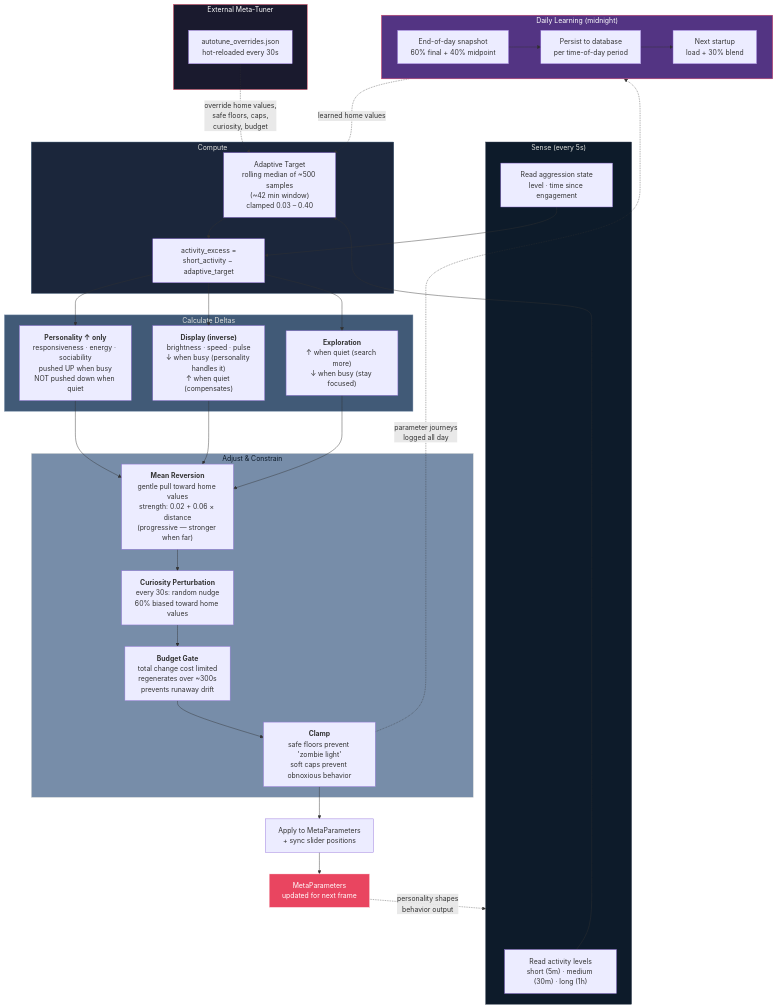
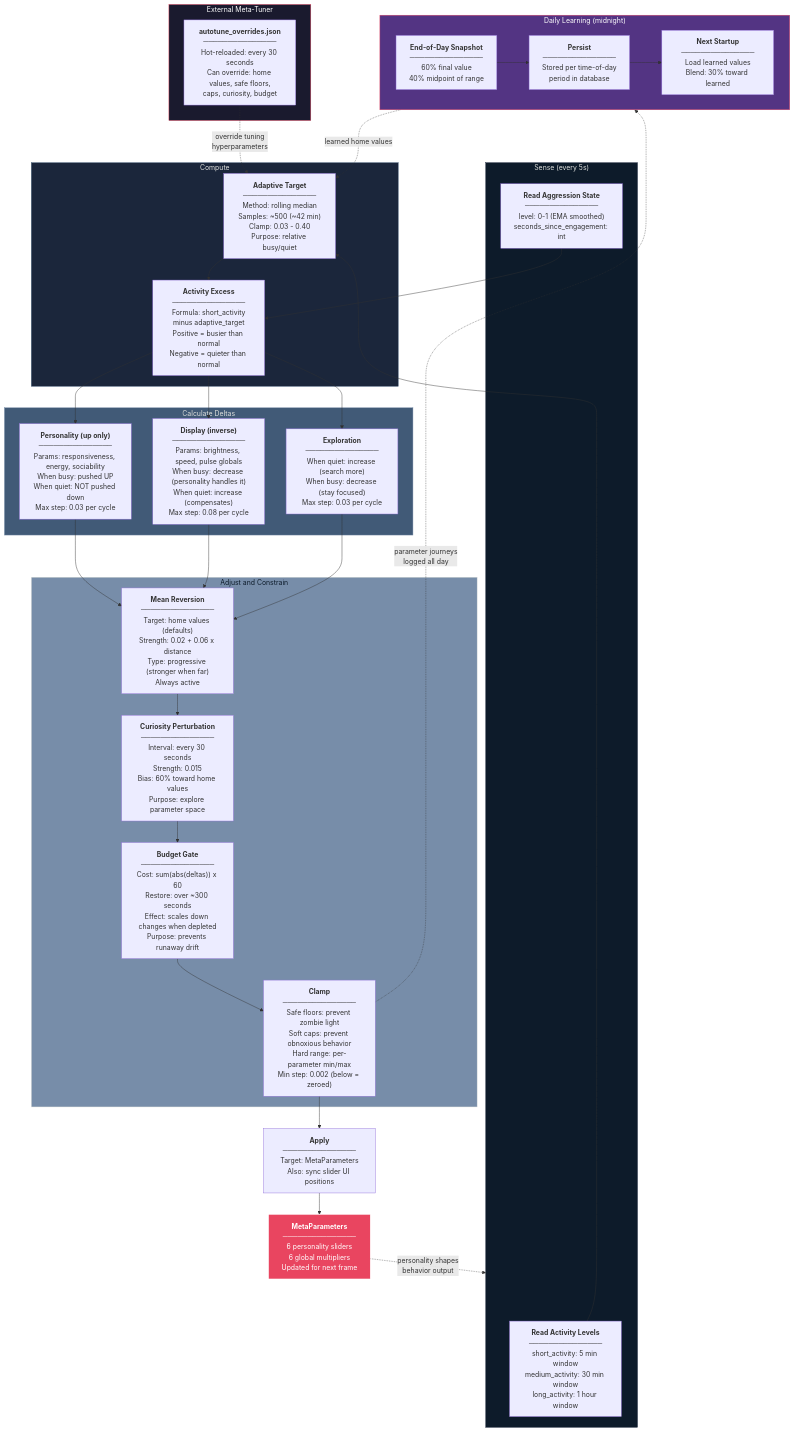
The fifth of 17 diagrams in IO/BEHAVIOR_DIAGRAMS.md (npuckett/dc-dev), drawn with Mermaid before and after one commit. The commit also changed other lines of this file, not shown here.

Commit message:
cv diagram added

````diff
--- a/IO/BEHAVIOR_DIAGRAMS.md
+++ b/IO/BEHAVIOR_DIAGRAMS.md
@@ -249,65 +249,65 @@
 ```mermaid
 flowchart TB
     subgraph SENSE["Sense (every 5s)"]
-        ACT["Read activity levels<br/>short (5m) · medium (30m) · long (1h)"]
-        AGG["Read aggression state<br/>level · time since engagement"]
+        ACT["<b>Read Activity Levels</b><br/>───────────────<br/>short_activity: 5 min window<br/>medium_activity: 30 min window<br/>long_activity: 1 hour window"]
+        AGG["<b>Read Aggression State</b><br/>───────────────<br/>level: 0-1 (EMA smoothed)<br/>seconds_since_engagement: int"]
     end
 
     subgraph COMPUTE["Compute"]
-        TARGET["Adaptive Target<br/>rolling median of ~500 samples<br/>(~42 min window)<br/>clamped 0.03 – 0.40"]
-        EXCESS["activity_excess =<br/>short_activity − adaptive_target"]
+        TARGET["<b>Adaptive Target</b><br/>───────────────<br/>Method: rolling median<br/>Samples: ~500 (~42 min)<br/>Clamp: 0.03 - 0.40<br/>Purpose: relative busy/quiet"]
+        EXCESS["<b>Activity Excess</b><br/>───────────────<br/>Formula: short_activity<br/>minus adaptive_target<br/>Positive = busier than normal<br/>Negative = quieter than normal"]
         ACT --> TARGET --> EXCESS
         AGG --> EXCESS
     end
 
     subgraph DELTAS["Calculate Deltas"]
-        PERS_UP["<b>Personality ↑ only</b><br/>responsiveness · energy · sociability<br/>pushed UP when busy<br/>NOT pushed down when quiet"]
-        DISP_INV["<b>Display (inverse)</b><br/>brightness · speed · pulse<br/>↓ when busy (personality handles it)<br/>↑ when quiet (compensates)"]
-        EXPL_Q["<b>Exploration</b><br/>↑ when quiet (search more)<br/>↓ when busy (stay focused)"]
+        PERS_UP["<b>Personality (up only)</b><br/>───────────────<br/>Params: responsiveness, energy, sociability<br/>When busy: pushed UP<br/>When quiet: NOT pushed down<br/>Max step: 0.03 per cycle"]
+        DISP_INV["<b>Display (inverse)</b><br/>───────────────<br/>Params: brightness, speed, pulse globals<br/>When busy: decrease (personality handles it)<br/>When quiet: increase (compensates)<br/>Max step: 0.08 per cycle"]
+        EXPL_Q["<b>Exploration</b><br/>───────────────<br/>When quiet: increase (search more)<br/>When busy: decrease (stay focused)<br/>Max step: 0.03 per cycle"]
         EXCESS --> PERS_UP
         EXCESS --> DISP_INV
         EXCESS --> EXPL_Q
     end
 
-    subgraph ADJUST["Adjust & Constrain"]
-        REVERT["<b>Mean Reversion</b><br/>gentle pull toward home values<br/>strength: 0.02 + 0.06 × distance<br/>(progressive — stronger when far)"]
-        CURIOSITY["<b>Curiosity Perturbation</b><br/>every 30s: random nudge<br/>60% biased toward home values"]
-        BUDGET["<b>Budget Gate</b><br/>total change cost limited<br/>regenerates over ~300s<br/>prevents runaway drift"]
-        CLAMP["<b>Clamp</b><br/>safe floors prevent 'zombie light'<br/>soft caps prevent obnoxious behavior"]
+    subgraph ADJUST["Adjust and Constrain"]
+        REVERT["<b>Mean Reversion</b><br/>───────────────<br/>Target: home values (defaults)<br/>Strength: 0.02 + 0.06 x distance<br/>Type: progressive (stronger when far)<br/>Always active"]
+        CURIOSITY["<b>Curiosity Perturbation</b><br/>───────────────<br/>Interval: every 30 seconds<br/>Strength: 0.015<br/>Bias: 60% toward home values<br/>Purpose: explore parameter space"]
+        BUDGET["<b>Budget Gate</b><br/>───────────────<br/>Cost: sum(abs(deltas)) x 60<br/>Restore: over ~300 seconds<br/>Effect: scales down changes when depleted<br/>Purpose: prevents runaway drift"]
+        CLAMP["<b>Clamp</b><br/>───────────────<br/>Safe floors: prevent zombie light<br/>Soft caps: prevent obnoxious behavior<br/>Hard range: per-parameter min/max<br/>Min step: 0.002 (below = zeroed)"]
         PERS_UP --> REVERT
         DISP_INV --> REVERT
         EXPL_Q --> REVERT
         REVERT --> CURIOSITY --> BUDGET --> CLAMP
     end
 
-    CLAMP --> APPLY["Apply to MetaParameters<br/>+ sync slider positions"]
+    CLAMP --> APPLY["<b>Apply</b><br/>───────────────<br/>Target: MetaParameters<br/>Also: sync slider UI positions"]
 
-    APPLY --> META["MetaParameters<br/>updated for next frame"]
+    APPLY --> META["<b>MetaParameters</b><br/>───────────────<br/>6 personality sliders<br/>6 global multipliers<br/>Updated for next frame"]
 
     META -.->|"personality shapes<br/>behavior output"| SENSE
 
     subgraph DAILY["Daily Learning (midnight)"]
         direction LR
-        SNAP["End-of-day snapshot<br/>60% final + 40% midpoint"]
-        DB["Persist to database<br/>per time-of-day period"]
-        LOAD["Next startup<br/>load + 30% blend"]
+        SNAP["<b>End-of-Day Snapshot</b><br/>───────────────<br/>60% final value<br/>40% midpoint of range"]
+        DB["<b>Persist</b><br/>───────────────<br/>Stored per time-of-day<br/>period in database"]
+        LOAD["<b>Next Startup</b><br/>───────────────<br/>Load learned values<br/>Blend: 30% toward learned"]
         SNAP --> DB --> LOAD
     end
 
     CLAMP -.->|"parameter journeys<br/>logged all day"| SNAP
     LOAD -.->|"learned home values"| TARGET
 
     subgraph OVERRIDES["External Meta-Tuner"]
-        JSON["autotune_overrides.json<br/>hot-reloaded every 30s"]
+        JSON["<b>autotune_overrides.json</b><br/>───────────────<br/>Hot-reloaded: every 30 seconds<br/>Can override: home values, safe floors,<br/>caps, curiosity, budget"]
     end
 
-    JSON -.->|"override home values,<br/>safe floors, caps,<br/>curiosity, budget"| TARGET
+    JSON -.->|"override tuning<br/>hyperparameters"| TARGET
 
     style SENSE fill:#0d1b2a,stroke:#1b263b,color:#e0e1dd
     style COMPUTE fill:#1b263b,stroke:#415a77,color:#e0e1dd
     style DELTAS fill:#415a77,stroke:#778da9,color:#e0e1dd
     style ADJUST fill:#778da9,stroke:#e0e1dd,color:#0d1b2a
     style DAILY fill:#533483,stroke:#e94560,color:#fff
     style OVERRIDES fill:#1a1a2e,stroke:#e94560,color:#fff
     style META fill:#e94560,stroke:#fff,color:#fff
 ```
````
